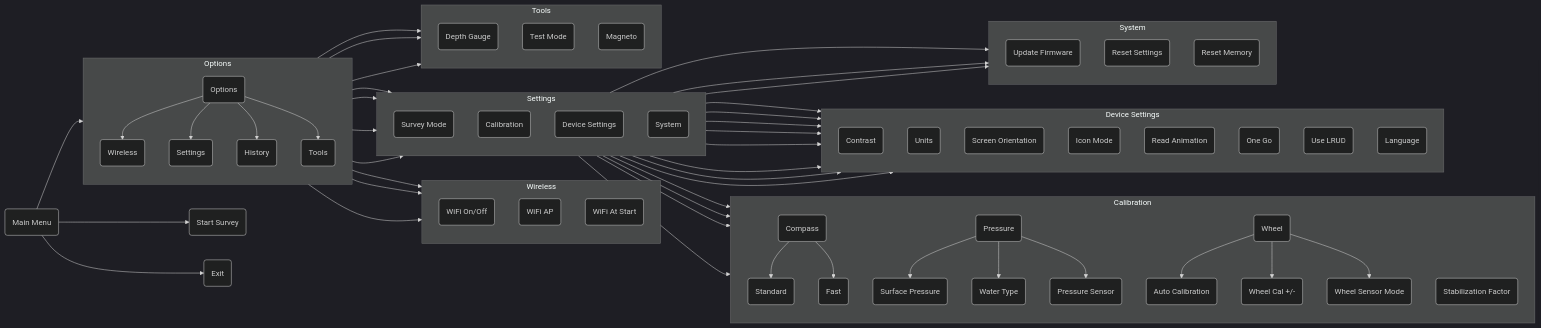
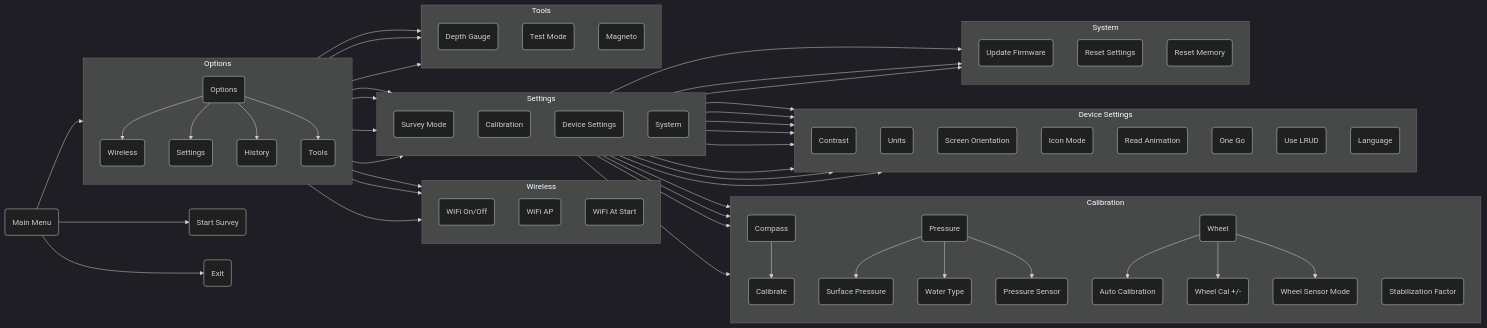
The diagram in docs/Menus-Overview.md (SebKister/MNemoV2-Documentation), drawn with Mermaid (dark theme) before and after one commit. The commit also changed 1 other file, not shown here.

Commit message:
Refine compass calibration instructions and update menu structure for clarity

```diff
--- a/docs/Menus-Overview.md
+++ b/docs/Menus-Overview.md
@@ -68,8 +68,7 @@
         Calibration --> CalWheel
         Calibration --> StabFactor
 
-        CalCompass --> CalCompStd(Standard)
-        CalCompass --> CalCompFast(Fast)
+        CalCompass --> CalCompFast(Calibrate)
 
         CalPressure --> CalSurface(Surface Pressure)
         CalPressure --> WaterType(Water Type)
```
